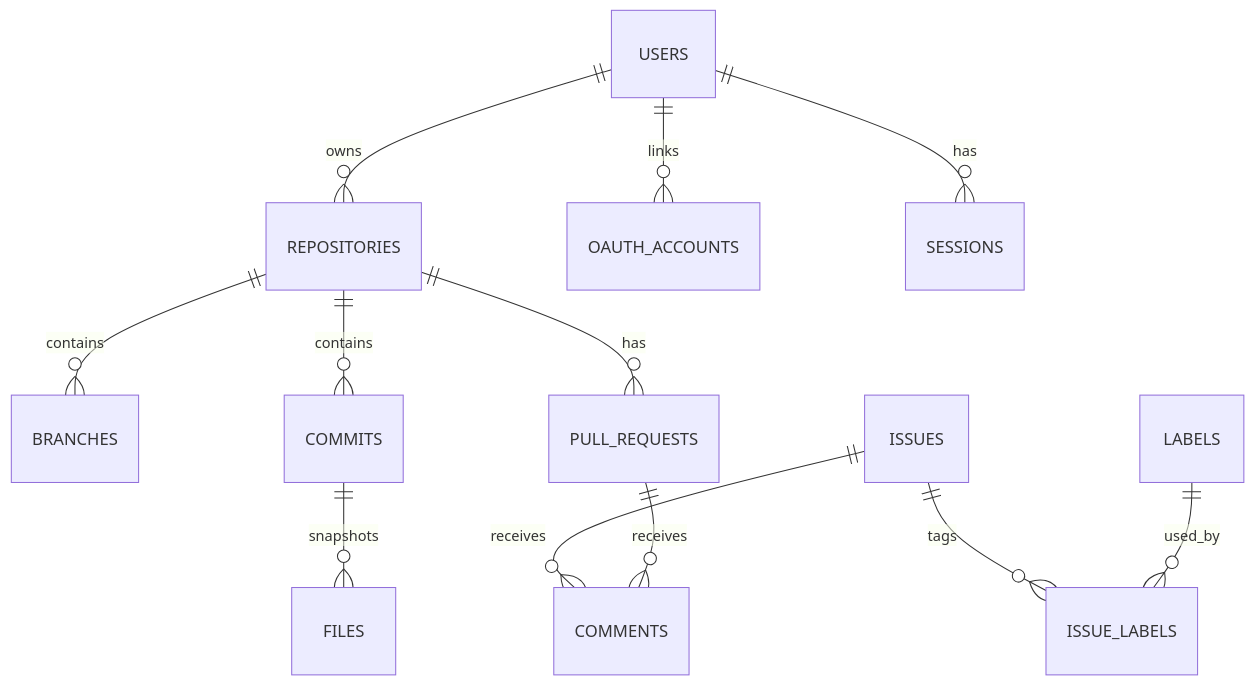
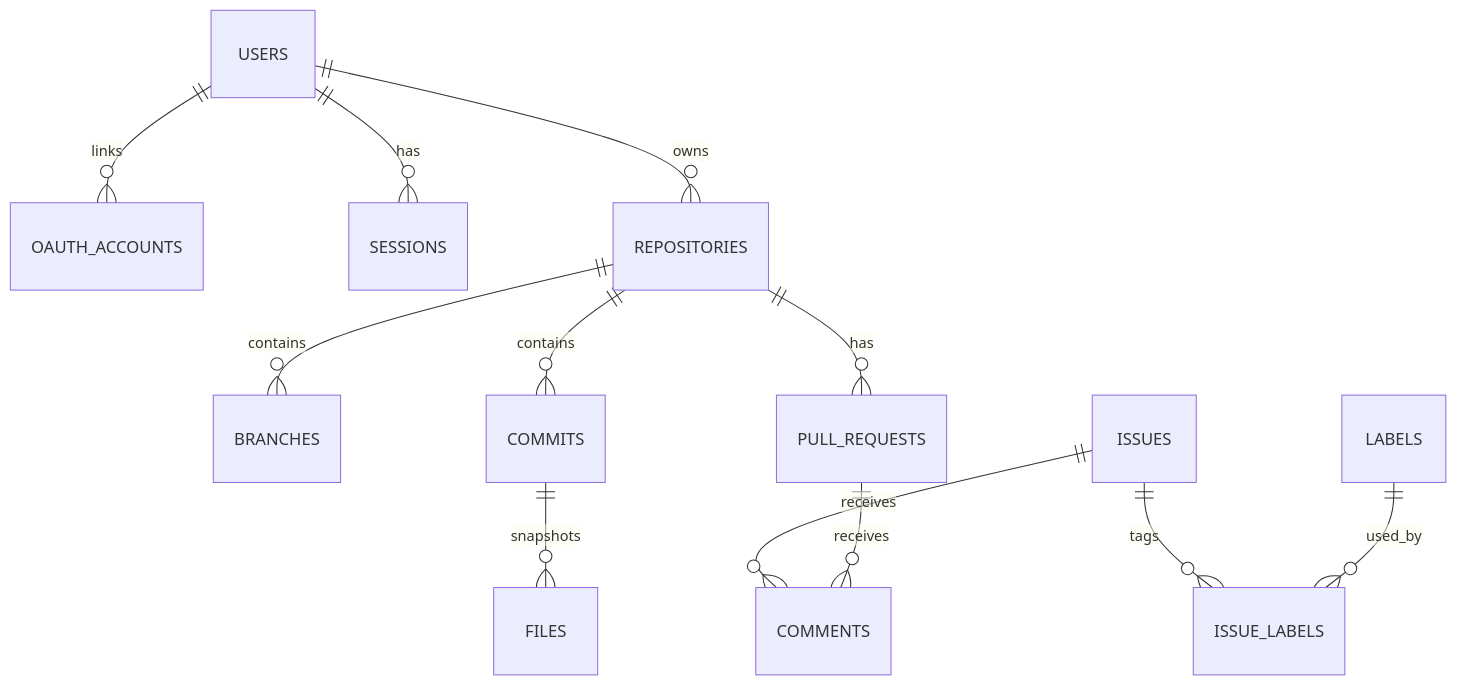
The third of 4 diagrams in docs/semana1/Github - Diseño Técnico.md (dtarqui/github-docs), drawn with Mermaid before and after one commit. The commit also changed other lines of this file, not shown here.

````diff
--- a/docs/semana1/Github - Diseño Técnico.md
+++ b/docs/semana1/Github - Diseño Técnico.md
@@ -375,14 +406,14 @@
 ```mermaid
 erDiagram
-    USERS ||--o{ REPOSITORIES : owns
     USERS ||--o{ OAUTH_ACCOUNTS : links
     USERS ||--o{ SESSIONS : has
+    USERS ||--o{ REPOSITORIES : owns
     REPOSITORIES ||--o{ BRANCHES : contains
     REPOSITORIES ||--o{ COMMITS : contains
     COMMITS ||--o{ FILES : snapshots
     REPOSITORIES ||--o{ PULL_REQUESTS : has
     ISSUES ||--o{ ISSUE_LABELS : tags
     LABELS ||--o{ ISSUE_LABELS : used_by
     ISSUES ||--o{ COMMENTS : receives
     PULL_REQUESTS ||--o{ COMMENTS : receives
 ```
````
